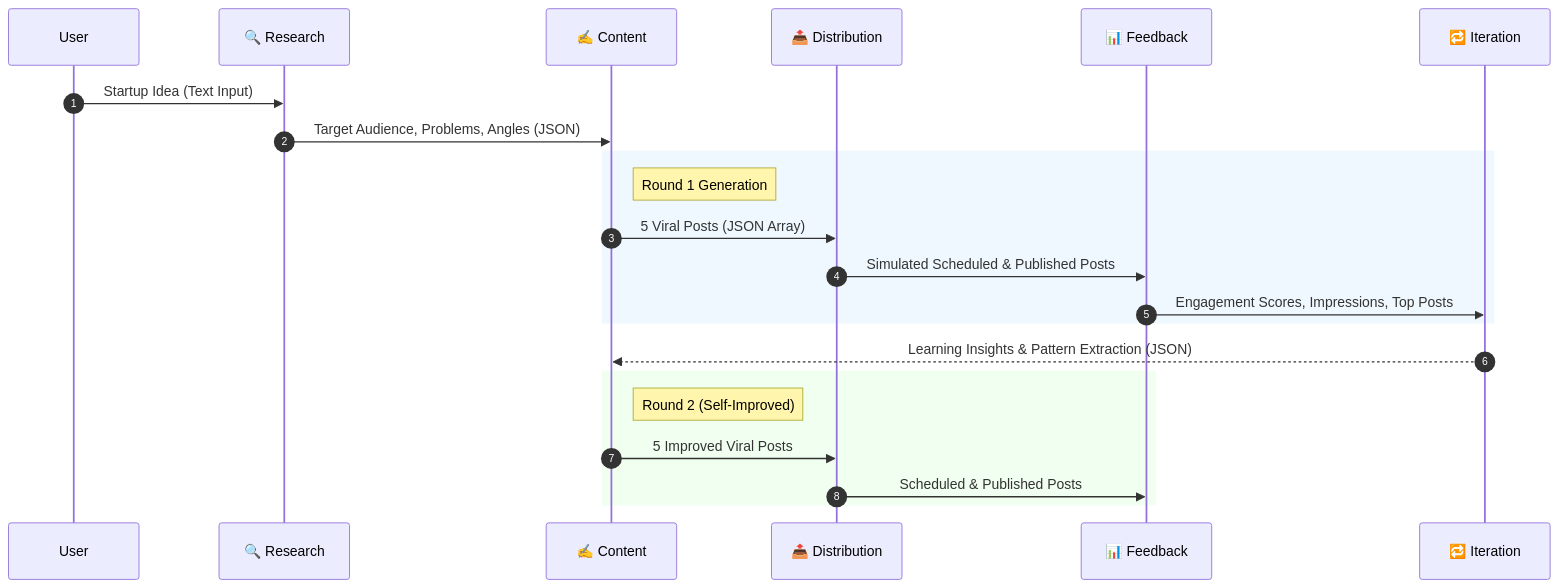
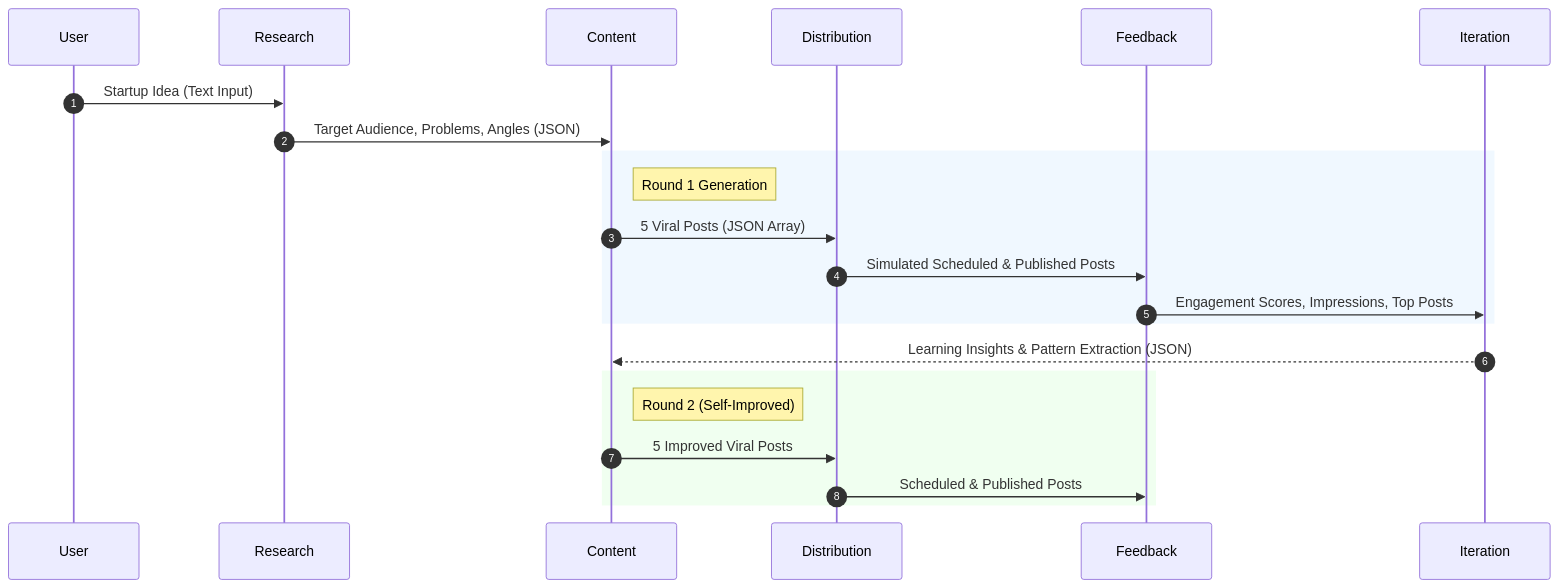
One commit to rounak695/ai-growth-agent changed the second of 2 diagrams in README.md. Above: the diagram before and after it, drawn with Mermaid. The commit also changed other lines of this file, not shown here.

````diff
--- a/README.md
+++ b/README.md
@@ -53,28 +53,28 @@
 ```mermaid
 sequenceDiagram
     autonumber
     participant User
-    participant 🔍 Research
-    participant ✍️ Content
-    participant 📤 Distribution
-    participant 📊 Feedback
-    participant 🔁 Iteration
+    participant  Research
+    participant  Content
+    participant  Distribution
+    participant  Feedback
+    participant  Iteration
 
-    User->>🔍 Research: Startup Idea (Text Input)
-    🔍 Research->>✍️ Content: Target Audience, Problems, Angles (JSON)
+    User->> Research: Startup Idea (Text Input)
+    Research->>Content: Target Audience, Problems, Angles (JSON)
     
     rect rgb(240, 248, 255)
-        note right of ✍️ Content: Round 1 Generation
-        ✍️ Content->>📤 Distribution: 5 Viral Posts (JSON Array)
-        📤 Distribution->>📊 Feedback: Simulated Scheduled & Published Posts
-        📊 Feedback->>🔁 Iteration: Engagement Scores, Impressions, Top Posts
+        note right of Content: Round 1 Generation
+         Content->> Distribution: 5 Viral Posts (JSON Array)
+         Distribution->> Feedback: Simulated Scheduled & Published Posts
+         Feedback->>Iteration: Engagement Scores, Impressions, Top Posts
     end
     
-    🔁 Iteration-->>✍️ Content: Learning Insights & Pattern Extraction (JSON)
+     Iteration-->> Content: Learning Insights & Pattern Extraction (JSON)
     
     rect rgb(240, 255, 240)
-        note right of ✍️ Content: Round 2 (Self-Improved)
-        ✍️ Content->>📤 Distribution: 5 Improved Viral Posts
-        📤 Distribution->>📊 Feedback: Scheduled & Published Posts
+        note right of  Content: Round 2 (Self-Improved)
+         Content->>Distribution: 5 Improved Viral Posts
+        Distribution->> Feedback: Scheduled & Published Posts
     end
 ```
````
